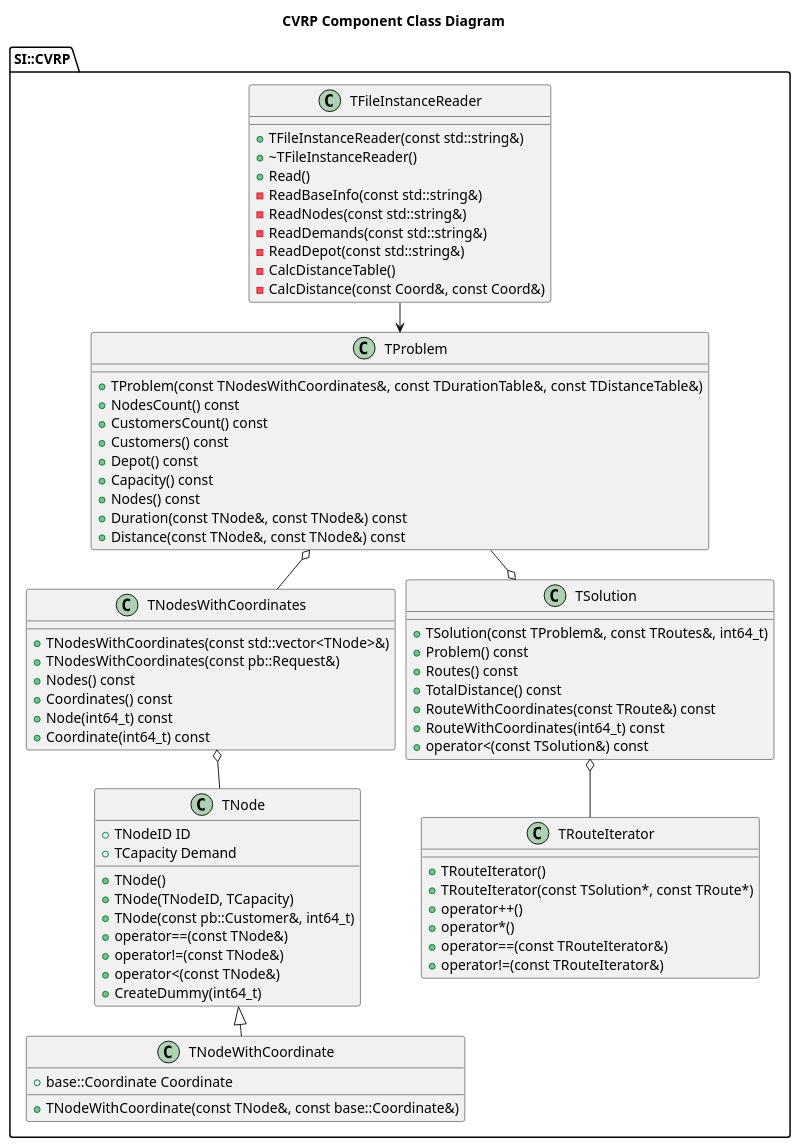
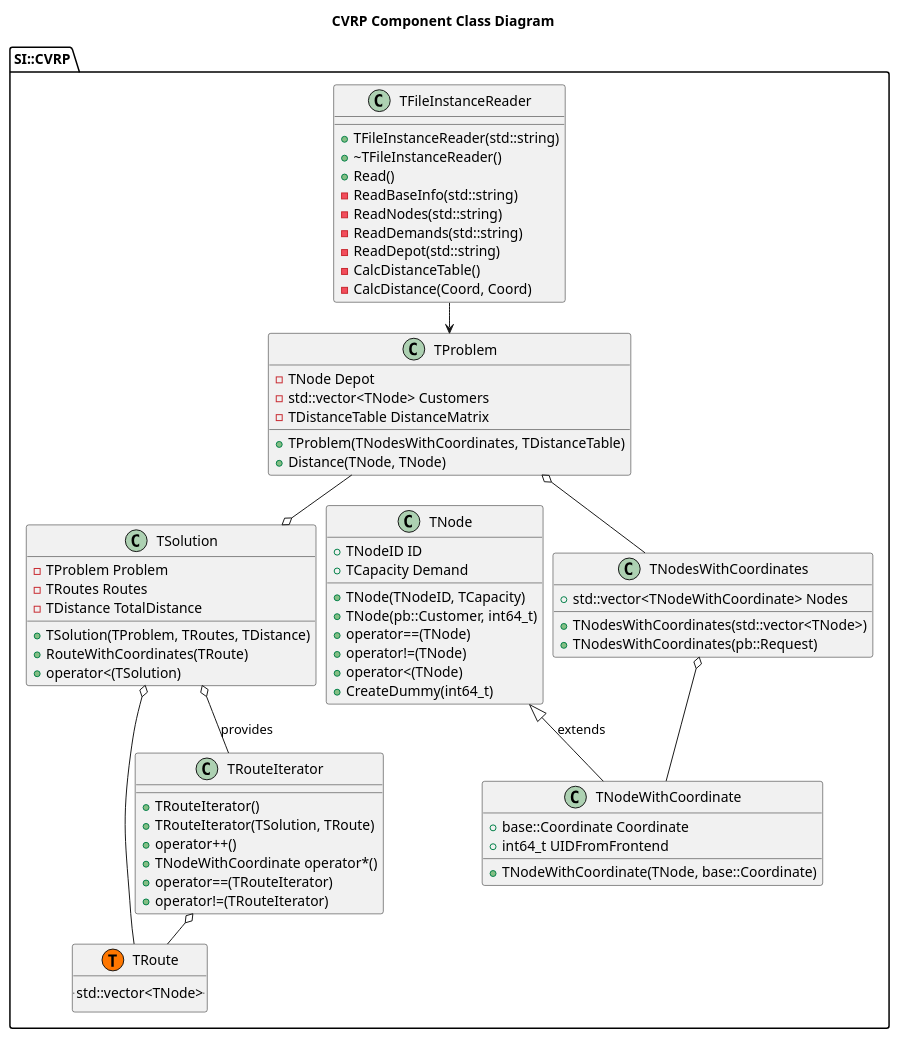
One commit to 4svOn/Route_Planning_Using_Swarm_Intelligence changed the diagram in uml/CVRP.puml. Above: the diagram before and after it, drawn with PlantUML. The commit also changed 29 other files, not shown here.

```diff
--- a/uml/CVRP.puml
+++ b/uml/CVRP.puml
@@ -1,109 +1,87 @@
 @startuml CVRP_Component_Class_Diagram
 
 title CVRP Component Class Diagram
 
 skinparam nodesep 10
 skinparam ranksep 30
 top to bottom direction
 
 namespace SI::CVRP {
 
 class TNode {
   + TNodeID ID
   + TCapacity Demand
-  + TNode()
   + TNode(TNodeID, TCapacity)
-  + TNode(const pb::Customer&, int64_t)
-  + operator==(const TNode&)
-  + operator!=(const TNode&)
-  + operator<(const TNode&)
+  + TNode(pb::Customer, int64_t)
+  + operator==(TNode)
+  + operator!=(TNode)
+  + operator<(TNode)
   + CreateDummy(int64_t)
 }
 
 class TNodeWithCoordinate {
   + base::Coordinate Coordinate
-  + TNodeWithCoordinate(const TNode&, const base::Coordinate&)
+  + int64_t UIDFromFrontend
+  + TNodeWithCoordinate(TNode, base::Coordinate)
 }
 
 class TNodesWithCoordinates {
-  + TNodesWithCoordinates(const std::vector<TNode>&)
-  + TNodesWithCoordinates(const pb::Request&)
-  + Nodes() const
-  + Coordinates() const
-  + Node(int64_t) const
-  + Coordinate(int64_t) const
+  + std::vector<TNodeWithCoordinate> Nodes
+  + TNodesWithCoordinates(std::vector<TNode>)
+  + TNodesWithCoordinates(pb::Request)
 }
 
 class TProblem {
-  + TProblem(const TNodesWithCoordinates&, const TDurationTable&, const TDistanceTable&)
-  + NodesCount() const
-  + CustomersCount() const
-  + Customers() const
-  + Depot() const
-  + Capacity() const
-  + Nodes() const
-  + Duration(const TNode&, const TNode&) const
-  + Distance(const TNode&, const TNode&) const
+  - TNode Depot
+  - std::vector<TNode> Customers
+  - TDistanceTable DistanceMatrix
+  + TProblem(TNodesWithCoordinates, TDistanceTable)
+  + Distance(TNode, TNode)
 }
 
 class TSolution {
-  + TSolution(const TProblem&, const TRoutes&, int64_t)
-  + Problem() const
-  + Routes() const
-  + TotalDistance() const
-  + RouteWithCoordinates(const TRoute&) const
-  + RouteWithCoordinates(int64_t) const
-  + operator<(const TSolution&) const
+  - TProblem Problem
+  - TRoutes Routes
+  - TDistance TotalDistance
+  + TSolution(TProblem, TRoutes, TDistance)
+  + RouteWithCoordinates(TRoute)
+  + operator<(TSolution)
 }
 
 class TRouteIterator {
   + TRouteIterator()
-  + TRouteIterator(const TSolution*, const TRoute*)
+  + TRouteIterator(TSolution, TRoute)
   + operator++()
-  + operator*()
-  + operator==(const TRouteIterator&)
-  + operator!=(const TRouteIterator&)
+  + TNodeWithCoordinate operator*()
+  + operator==(TRouteIterator)
+  + operator!=(TRouteIterator)
 }
 
 class TFileInstanceReader {
-  + TFileInstanceReader(const std::string&)
+  + TFileInstanceReader(std::string)
   + ~TFileInstanceReader()
   + Read()
-  - ReadBaseInfo(const std::string&)
-  - ReadNodes(const std::string&)
-  - ReadDemands(const std::string&)
-  - ReadDepot(const std::string&)
+  - ReadBaseInfo(std::string)
+  - ReadNodes(std::string)
+  - ReadDemands(std::string)
+  - ReadDepot(std::string)
   - CalcDistanceTable()
-  - CalcDistance(const Coord&, const Coord&)
+  - CalcDistance(Coord, Coord)
 }
 
-' class TRoute << (T,#FF7700) >> {
-' std::vector<TNode>
-' }
-' class TRoutes << (T,#FF7700) >> {
-' std::vector<TRoute>
-' }
-' class TNodesSet << (T,#FF7700) >> {
-' std::set<TNode>
-' }
-' class TDurationTable << (T,#FF7700) >> {
-' std::vector<std::vector<TDuration>>
-' }
-' class TDistanceTable << (T,#FF7700) >> {
-' std::vector<std::vector<TDistance>>
-' }
-' class TCapacities << (T,#FF7700) >> {
-' std::vector<TCapacity>
-' }
+class TRoute << (T,#FF7700) >> {
+    ..std::vector<TNode>..
+}
 
-TNode <|-- TNodeWithCoordinate
-TNodesWithCoordinates o-- TNode
+TNode <|-- TNodeWithCoordinate: extends
+TNodesWithCoordinates o-- TNodeWithCoordinate
 TProblem o-- TNodesWithCoordinates
-' TSolution o-- TProblem
 TProblem -down-o TSolution
-TSolution o-- TRouteIterator
+TSolution o-- TRouteIterator: provides
+TRouteIterator o-- TRoute
+TSolution  o-- TRoute
 TFileInstanceReader --> TProblem
 
 }
 
 @enduml
```
